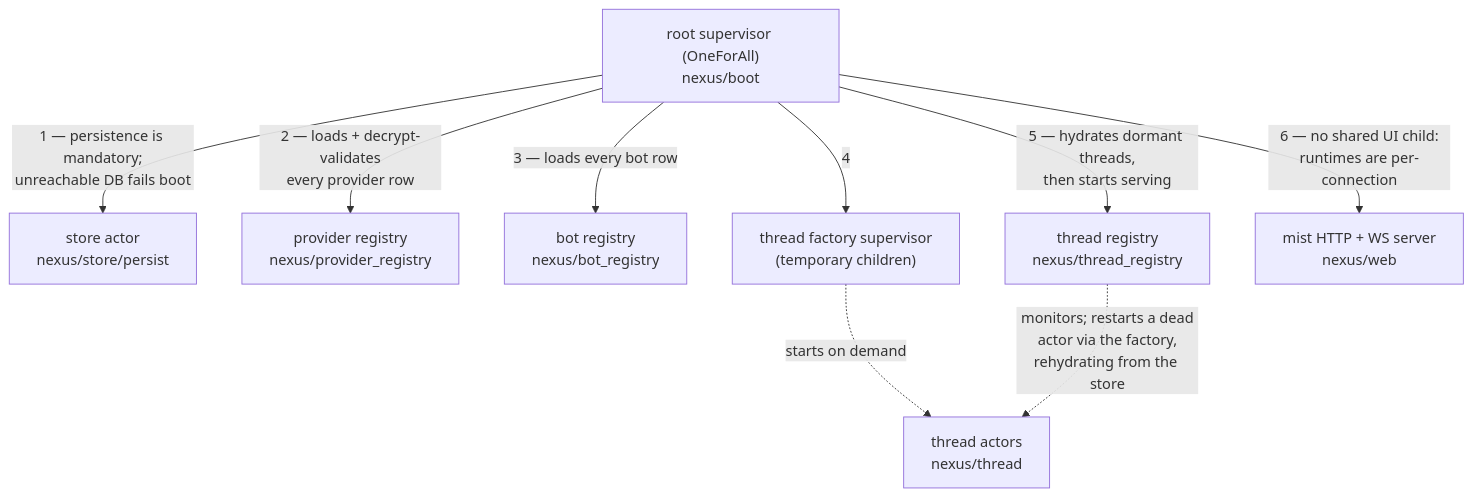
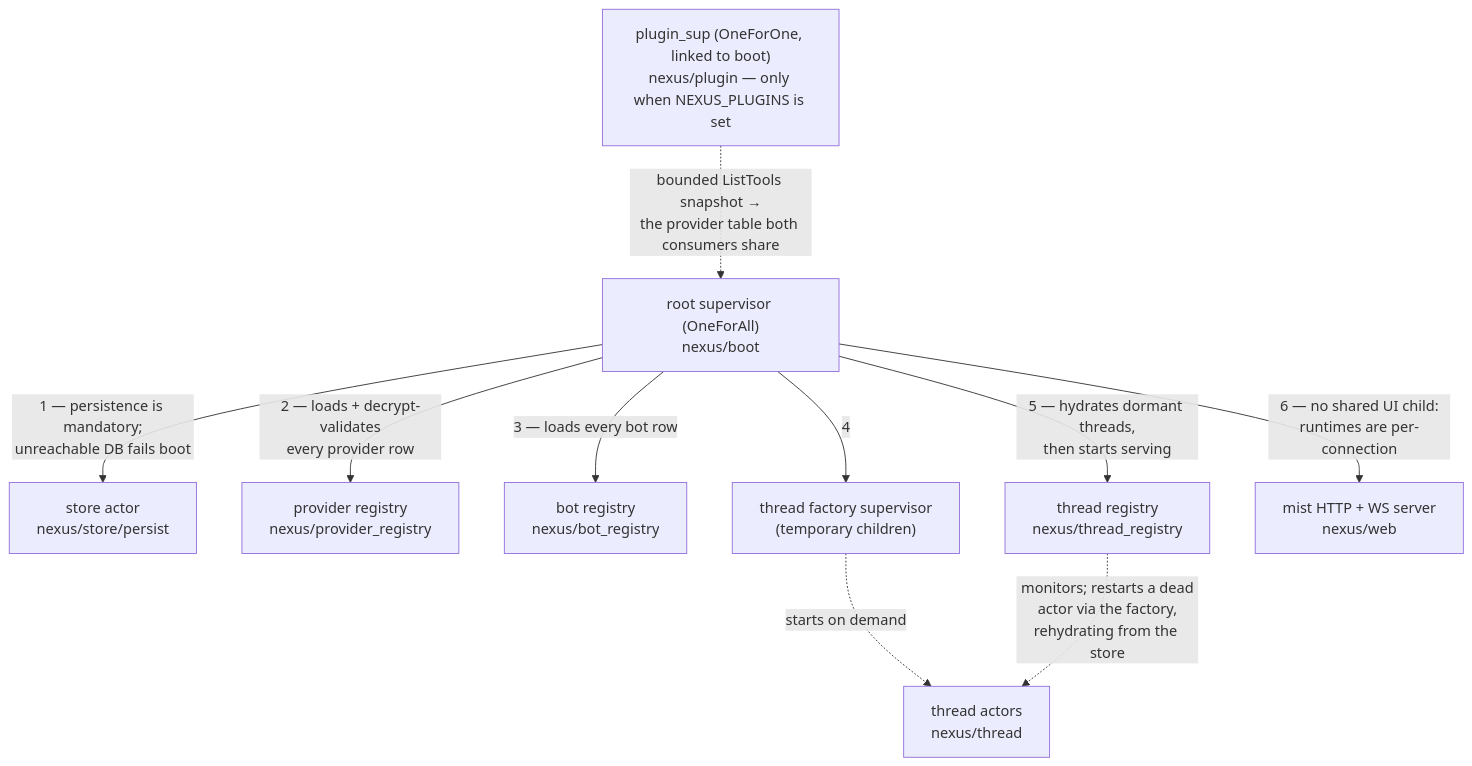
The second of 4 diagrams in ARCHITECTURE.md (jhillyerd/nexus), drawn with Mermaid before and after one commit. The commit also changed other lines of this file and 23 other files, not shown here.

Commit message:
feat: plugin tools — provider protocol, tier-1 SDK, and catalog mount (plugin-api plan phase 1)

````diff
--- a/ARCHITECTURE.md
+++ b/ARCHITECTURE.md
@@ -69,12 +69,14 @@
 ```mermaid
 flowchart TB
+    PSUP["plugin_sup (OneForOne, linked to boot)<br/>nexus/plugin — only when NEXUS_PLUGINS is set"]
     ROOT["root supervisor (OneForAll)<br/>nexus/boot"]
+    PSUP -.->|"bounded ListTools snapshot →<br/>the provider table both consumers share"| ROOT
     ROOT -->|"1 — persistence is mandatory;<br/>unreachable DB fails boot"| STORE["store actor<br/>nexus/store/persist"]
     ROOT -->|"2 — loads + decrypt-validates<br/>every provider row"| PROV["provider registry<br/>nexus/provider_registry"]
     ROOT -->|"3 — loads every bot row"| BOT["bot registry<br/>nexus/bot_registry"]
     ROOT -->|"4"| FACT["thread factory supervisor<br/>(temporary children)"]
     ROOT -->|"5 — hydrates dormant threads,<br/>then starts serving"| REG["thread registry<br/>nexus/thread_registry"]
     ROOT -->|"6 — no shared UI child:<br/>runtimes are per-connection"| MIST["mist HTTP + WS server<br/>nexus/web"]
     FACT -.->|"starts on demand"| SA["thread actors<br/>nexus/thread"]
     REG -.->|"monitors; restarts a dead<br/>actor via the factory,<br/>rehydrating from the store"| SA
 ```
````
